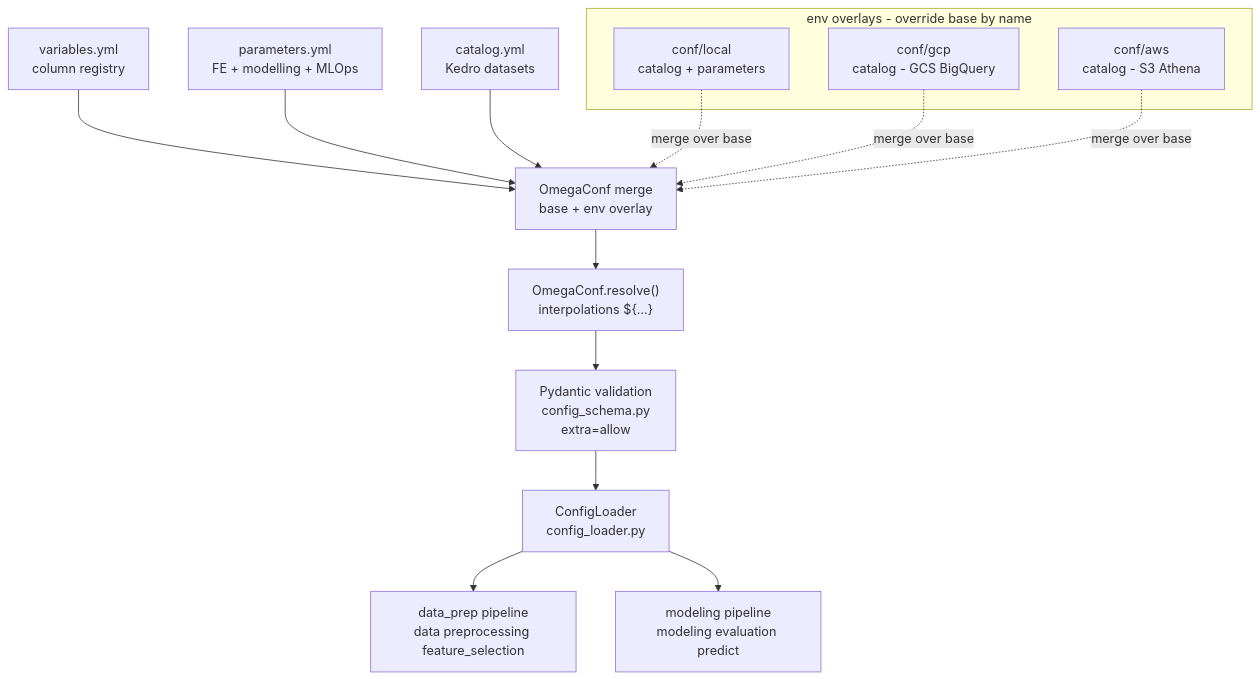
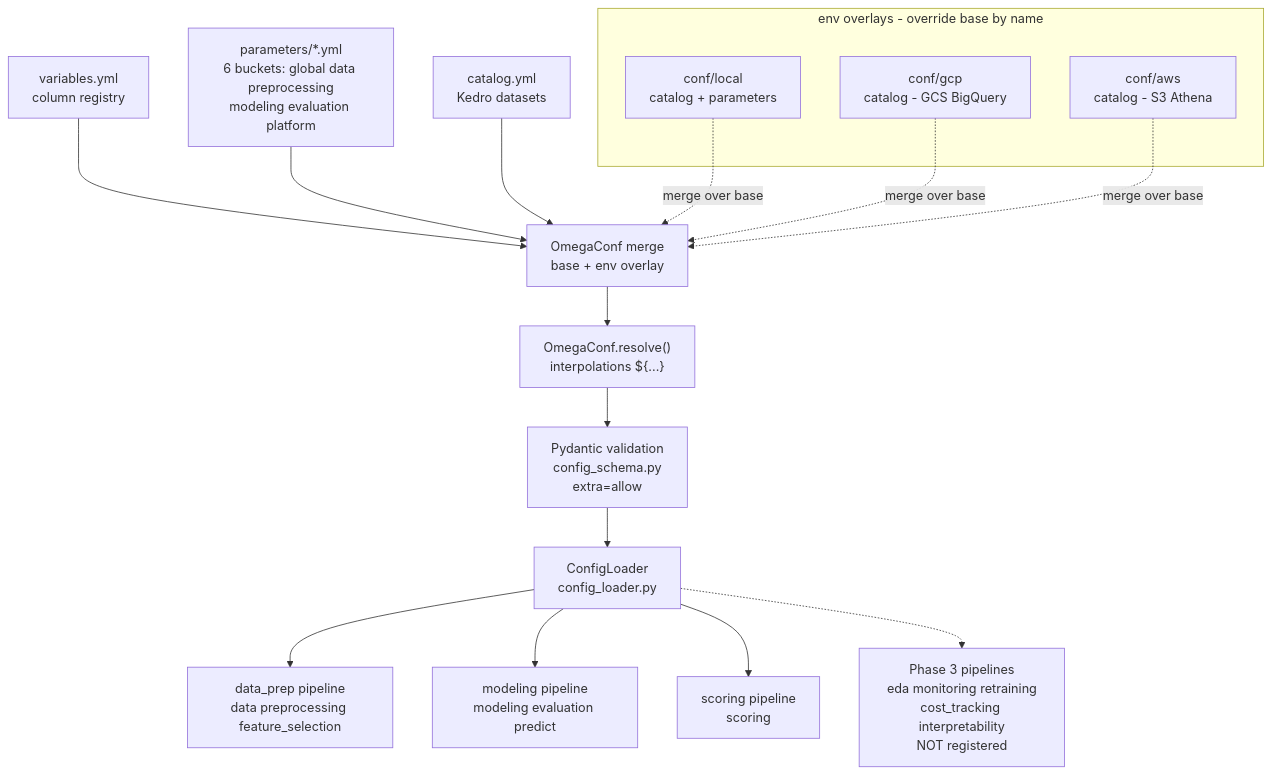
The fourth of 6 diagrams in forecast_ml_framework/README.md (ankithaldar/all_projects), drawn with Mermaid before and after one commit. The commit also changed other lines of this file and 63 other files, not shown here.

First line of the commit message:
feat(forecast-ml): phase 3 monitoring, EDA, interpretability, governance

````diff
--- a/forecast_ml_framework/README.md
+++ b/forecast_ml_framework/README.md
@@ -367,19 +585,21 @@
 ```mermaid
 flowchart TD
   V["variables.yml<br/>column registry"] --> OC["OmegaConf merge<br/>base + env overlay"]
-  P["parameters.yml<br/>FE + modelling + MLOps"] --> OC
+  P["parameters/*.yml<br/>6 buckets: global data preprocessing<br/>modeling evaluation platform"] --> OC
   C["catalog.yml<br/>Kedro datasets"] --> OC
   OC --> RES["OmegaConf.resolve()<br/>interpolations ${...}"]
   RES --> PM["Pydantic validation<br/>config_schema.py<br/>extra=allow"]
   PM --> CL["ConfigLoader<br/>config_loader.py"]
   CL --> DP["data_prep pipeline<br/>data preprocessing feature_selection"]
   CL --> MP["modeling pipeline<br/>modeling evaluation predict"]
+  CL --> SC["scoring pipeline<br/>scoring"]
+  CL -.-> P3["Phase 3 pipelines<br/>eda monitoring retraining<br/>cost_tracking interpretability<br/>NOT registered"]
   subgraph ENV["env overlays - override base by name"]
     L["conf/local<br/>catalog + parameters"]
     G["conf/gcp<br/>catalog - GCS BigQuery"]
     A["conf/aws<br/>catalog - S3 Athena"]
   end
   L -. "merge over base" .-> OC
   G -. "merge over base" .-> OC
   A -. "merge over base" .-> OC
 ```
````
